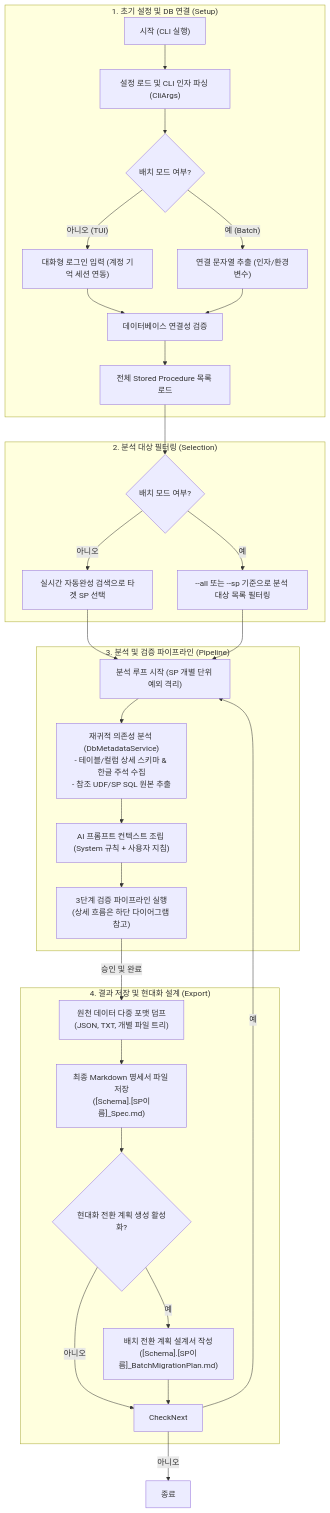
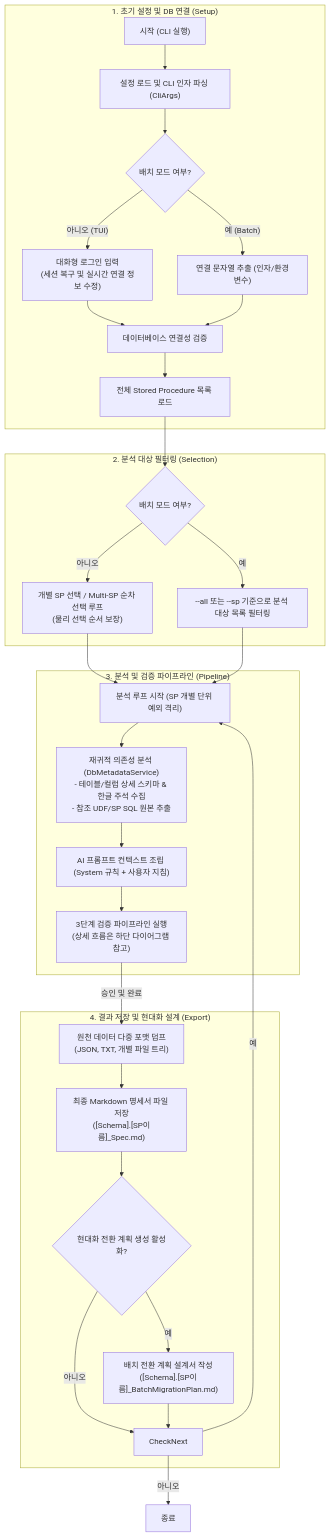
Before and after one commit to moondae815/sp-reverse-engineering: the first of 3 diagrams in docs/architecture.md, drawn with Mermaid. The commit also changed other lines of this file and 1 other file, not shown here.

Commit message:
docs: AGENTS.md 및 architecture.md에 TUI 연결 즉석수정 및 Multi-SP 순서보장 명세 보완

````diff
--- a/docs/architecture.md
+++ b/docs/architecture.md
@@ -125,45 +132,45 @@
 ```mermaid
 graph TD
     %% 1단계: 초기화 및 연결
     subgraph Setup ["1. 초기 설정 및 DB 연결 (Setup)"]
         Start["시작 (CLI 실행)"] --> Parse["설정 로드 및 CLI 인자 파싱 (CliArgs)"]
         Parse --> ModeCheck{"배치 모드 여부?"}
         
-        ModeCheck -- "아니오 (TUI)" --> TUI["대화형 로그인 입력 (계정 기억 세션 연동)"]
+        ModeCheck -- "아니오 (TUI)" --> TUI["대화형 로그인 입력<br/>(세션 복구 및 실시간 연결 정보 수정)"]
         ModeCheck -- "예 (Batch)" --> Batch["연결 문자열 추출 (인자/환경변수)"]
         
         TUI & Batch --> ConnTest["데이터베이스 연결성 검증"]
         ConnTest --> LoadSps["전체 Stored Procedure 목록 로드"]
     end
     
     %% 2단계: 대상 필터링
     subgraph Selection ["2. 분석 대상 필터링 (Selection)"]
         LoadSps --> TargetCheck{"배치 모드 여부?"}
         
-        TargetCheck -- "아니오" --> SelectTUI["실시간 자동완성 검색으로 타겟 SP 선택"]
+        TargetCheck -- "아니오" --> SelectTUI["개별 SP 선택 / Multi-SP 순차 선택 루프<br/>(물리 선택 순서 보장)"]
         TargetCheck -- "예" --> SelectBatch["--all 또는 --sp 기준으로 분석 대상 목록 필터링"]
     end
     
     %% 3단계: 메인 분석 및 검증 파이프라인
     subgraph Pipeline ["3. 분석 및 검증 파이프라인 (Pipeline)"]
         SelectTUI & SelectBatch --> LoopStart["분석 루프 시작 (SP 개별 단위 예외 격리)"]
         
         LoopStart --> QueryMeta["재귀적 의존성 분석 (DbMetadataService)<br/>- 테이블/컬럼 상세 스키마 & 한글 주석 수집<br/>- 참조 UDF/SP SQL 원본 추출"]
         QueryMeta --> GeneratePrompt["AI 프롬프트 컨텍스트 조립 (System 규칙 + 사용자 지침)"]
         
         GeneratePrompt --> VerificationPipeline["3단계 검증 파이프라인 실행<br/>(상세 흐름은 하단 다이어그램 참고)"]
     end
     
     %% 4단계: 산출물 내보내기 및 현대화 전환 설계
     subgraph Save ["4. 결과 저장 및 현대화 설계 (Export)"]
         VerificationPipeline -- "승인 및 완료" --> ExportRaw["원천 데이터 다중 포맷 덤프<br/>(JSON, TXT, 개별 파일 트리)"]
         ExportRaw --> SaveSpec["최종 Markdown 명세서 파일 저장<br/>([Schema].[SP이름]_Spec.md)"]
         SaveSpec --> GenMigrationCheck{"현대화 전환 계획 생성 활성화?"}
         GenMigrationCheck -- "예" --> GenMigration["배치 전환 계획 설계서 작성<br/>([Schema].[SP이름]_BatchMigrationPlan.md)"]
         GenMigrationCheck -- "아니오" --> CheckNext
         GenMigration --> CheckNext
     end
     
     CheckNext -- "예" --> LoopStart
     CheckNext -- "아니오" --> End["종료"]
 ```
````
